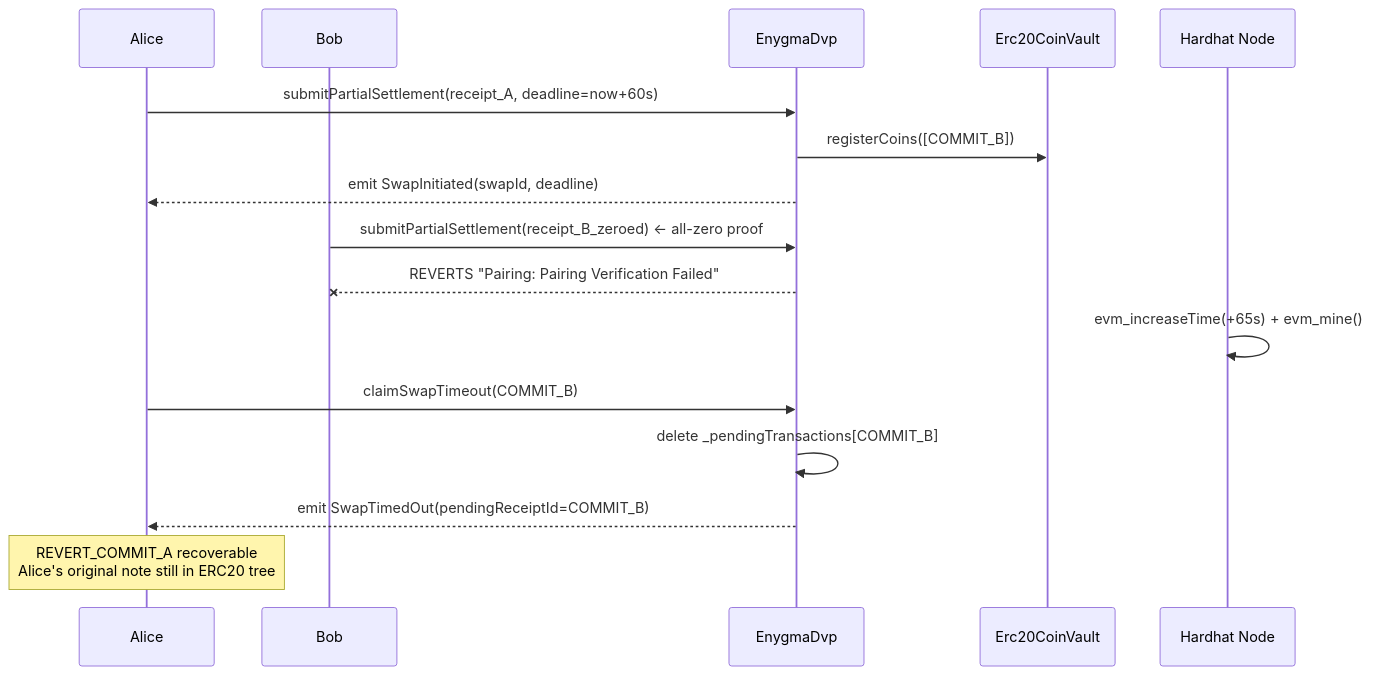
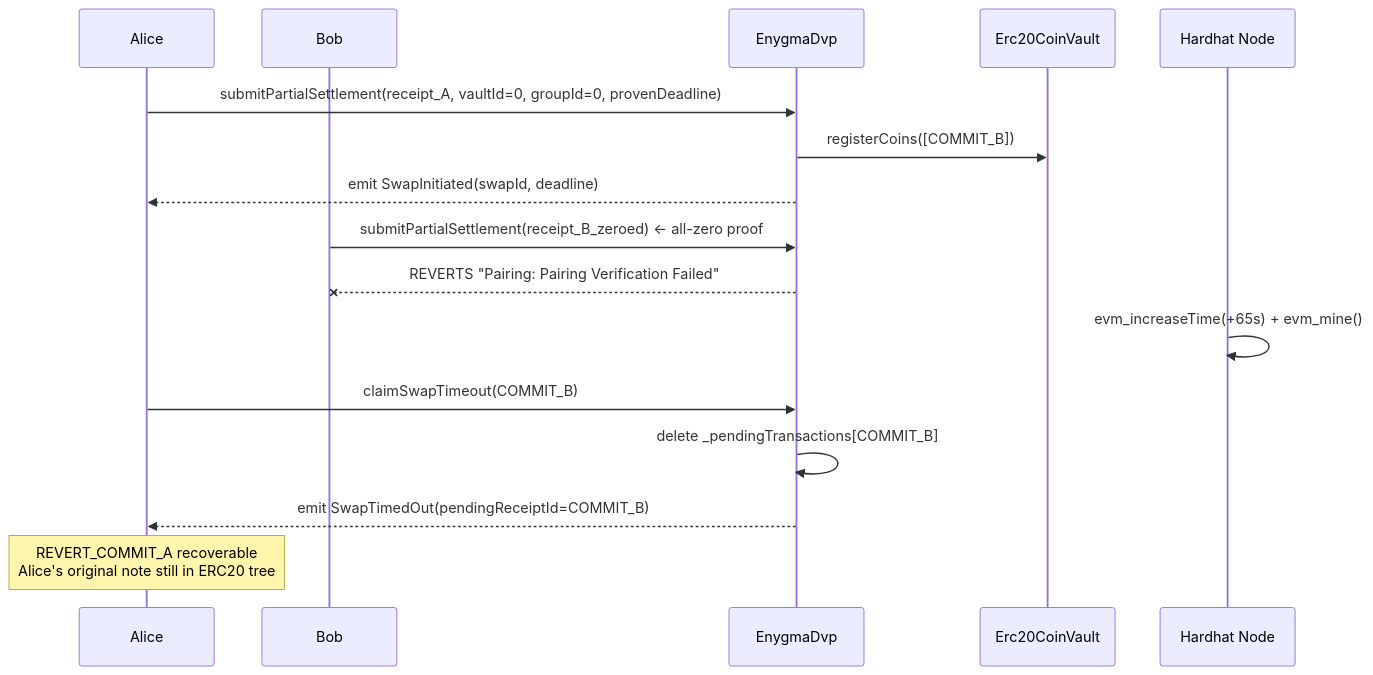
Before and after one commit to raylsnetwork/Enygma: the fourth of 4 diagrams in enygma_dvp/docs/flows/04_dvp_deadline.md, drawn with Mermaid. The commit also changed other lines of this file and 45 other files, not shown here.

````diff
--- a/enygma_dvp/docs/flows/04_dvp_deadline.md
+++ b/enygma_dvp/docs/flows/04_dvp_deadline.md
@@ -102,23 +102,23 @@
 ```mermaid
 sequenceDiagram
     participant Alice
     participant Bob
     participant DVP as EnygmaDvp
     participant ERC20Vault as Erc20CoinVault
     participant Hardhat as Hardhat Node
 
-    Alice->>DVP: submitPartialSettlement(receipt_A, deadline=now+60s)
+    Alice->>DVP: submitPartialSettlement(receipt_A, vaultId=0, groupId=0, provenDeadline)
     DVP->>ERC20Vault: registerCoins([COMMIT_B])
     DVP-->>Alice: emit SwapInitiated(swapId, deadline)
 
     Bob->>DVP: submitPartialSettlement(receipt_B_zeroed) ← all-zero proof
     DVP--xBob: REVERTS "Pairing: Pairing Verification Failed"
 
     Hardhat->>Hardhat: evm_increaseTime(+65s) + evm_mine()
 
     Alice->>DVP: claimSwapTimeout(COMMIT_B)
     DVP->>DVP: delete _pendingTransactions[COMMIT_B]
     DVP-->>Alice: emit SwapTimedOut(pendingReceiptId=COMMIT_B)
 
     Note over Alice: REVERT_COMMIT_A recoverable<br/>Alice's original note still in ERC20 tree
 ```
````
